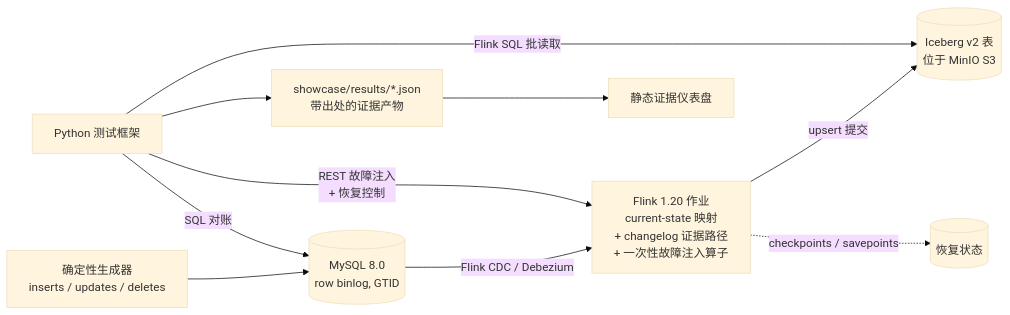
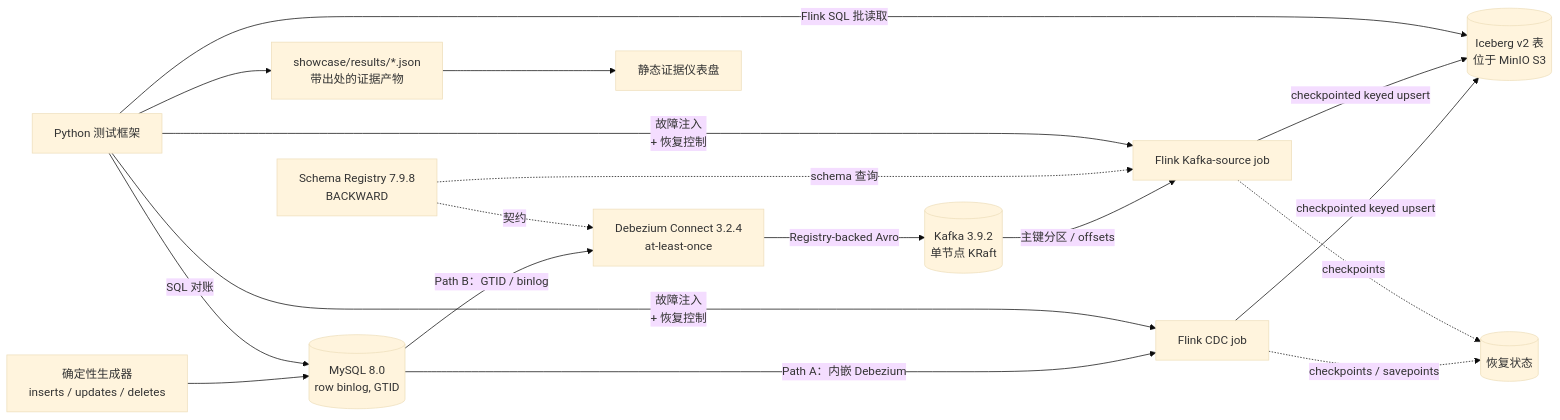
The diagram in README.zh-CN.md (LucisZhang/p1-reliability-lab), drawn with Mermaid (base theme) before and after one commit. The commit also changed other lines of this file and 4 other files, not shown here.

````diff
--- a/README.zh-CN.md
+++ b/README.zh-CN.md
@@ -19,12 +20,20 @@
 ```mermaid
 flowchart LR
     G[确定性生成器<br/>inserts / updates / deletes] --> M[(MySQL 8.0<br/>row binlog, GTID)]
-    M -- Flink CDC / Debezium --> F[Flink 1.20 作业<br/>current-state 映射<br/>+ changelog 证据路径<br/>+ 一次性故障注入算子]
-    F -- upsert 提交 --> I[(Iceberg v2 表<br/>位于 MinIO S3)]
-    F -. checkpoints / savepoints .-> S[(恢复状态)]
-    H[Python 测试框架] -- REST 故障注入<br/>+ 恢复控制 --> F
+    M -- Path A：内嵌 Debezium --> FA[Flink CDC job]
+    M -- Path B：GTID / binlog --> DB[Debezium Connect 3.2.4<br/>at-least-once]
+    DB -- Registry-backed Avro --> K[(Kafka 3.9.2<br/>单节点 KRaft)]
+    K -- 主键分区 / offsets --> FB[Flink Kafka-source job]
+    SR[Schema Registry 7.9.8<br/>BACKWARD] -. 契约 .-> DB
+    SR -. schema 查询 .-> FB
+    FA -- checkpointed keyed upsert --> I[(Iceberg v2 表<br/>位于 MinIO S3)]
+    FB -- checkpointed keyed upsert --> I
+    FA -. checkpoints / savepoints .-> S[(恢复状态)]
+    FB -. checkpoints .-> S
+    H[Python 测试框架] -- 故障注入<br/>+ 恢复控制 --> FA
+    H -- 故障注入<br/>+ 恢复控制 --> FB
     H -- SQL 对账 --> M
     H -- Flink SQL 批读取 --> I
     H --> R[showcase/results/*.json<br/>带出处的证据产物]
     R --> D[静态证据仪表盘]
 ```
````
